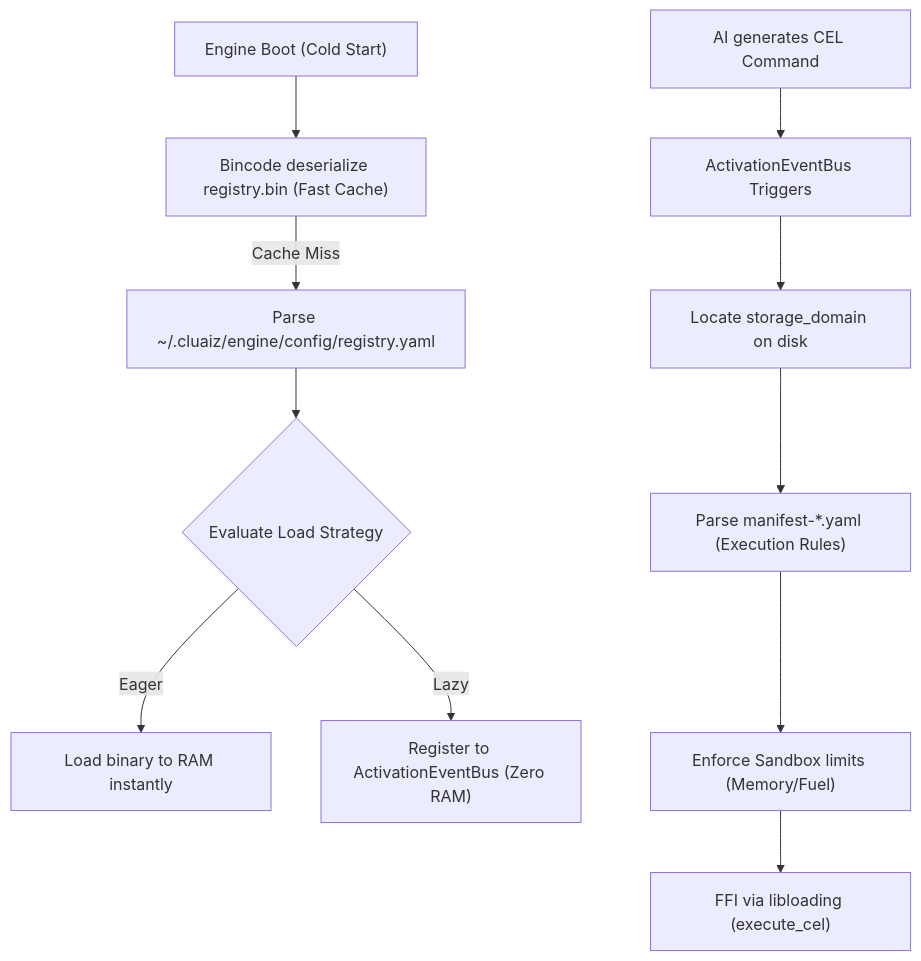
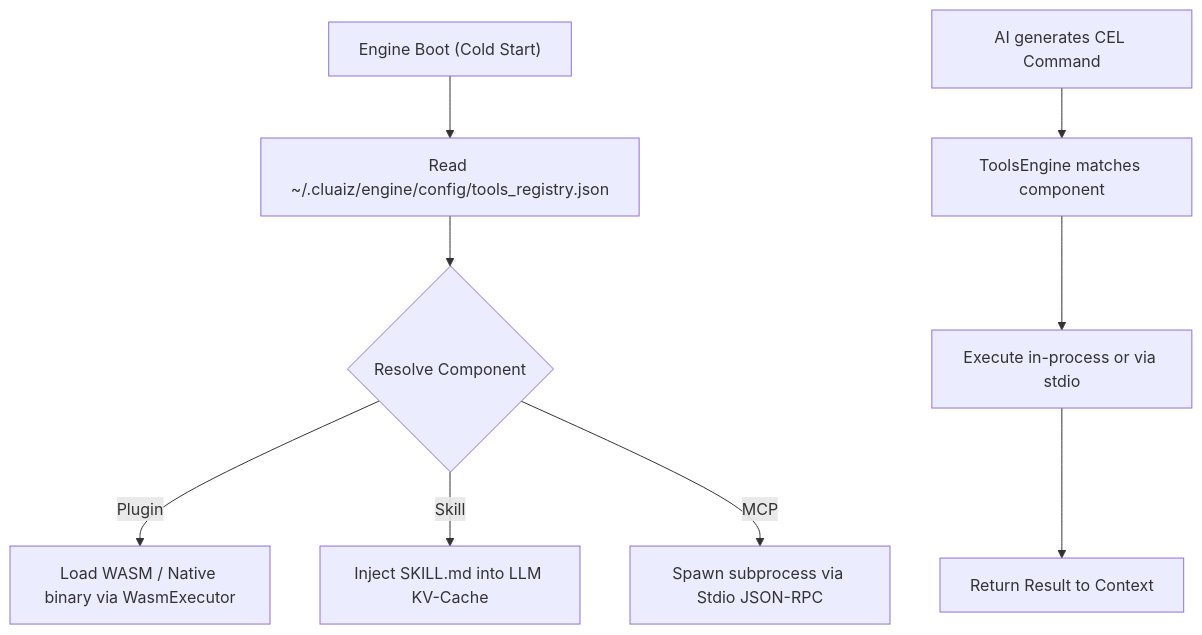
One commit to ayan-kushwaha/cluaiz-hub changed the diagram in docs/architecture/manifest_architecture.md. Above: the diagram before and after it, drawn with Mermaid. The commit also changed other lines of this file and 53 other files, not shown here.

Commit message:
docs(hub): unify single-source package.json standard and remove legacy yaml manifests

````diff
--- a/docs/architecture/manifest_architecture.md
+++ b/docs/architecture/manifest_architecture.md
@@ -13,15 +13,13 @@
 ```mermaid
 graph TD
-    A["Engine Boot (Cold Start)"] --> B["Bincode deserialize registry.bin (Fast Cache)"]
-    B -- "Cache Miss" --> C["Parse ~/.cluaiz/engine/config/registry.yaml"]
-    C --> D{"Evaluate Load Strategy"}
+    A["Engine Boot (Cold Start)"] --> B["Read ~/.cluaiz/engine/config/tools_registry.json"]
+    B --> C{"Resolve Component"}
     
-    D -->|Eager| E["Load binary to RAM instantly"]
-    D -->|Lazy| F["Register to ActivationEventBus (Zero RAM)"]
+    C -->|Plugin| D["Load WASM / Native binary via WasmExecutor"]
+    C -->|Skill| E["Inject SKILL.md into LLM KV-Cache"]
+    C -->|MCP| F["Spawn subprocess via Stdio JSON-RPC"]
     
-    G["AI generates CEL Command"] --> H["ActivationEventBus Triggers"]
-    H --> I["Locate storage_domain on disk"]
-    I --> J["Parse manifest-*.yaml (Execution Rules)"]
-    J --> K["Enforce Sandbox limits (Memory/Fuel)"]
-    K --> L["FFI via libloading (execute_cel)"]
+    G["AI generates CEL Command"] --> H["ToolsEngine matches component"]
+    H --> I["Execute in-process or via stdio"]
+    I --> J["Return Result to Context"]
 ```
````
